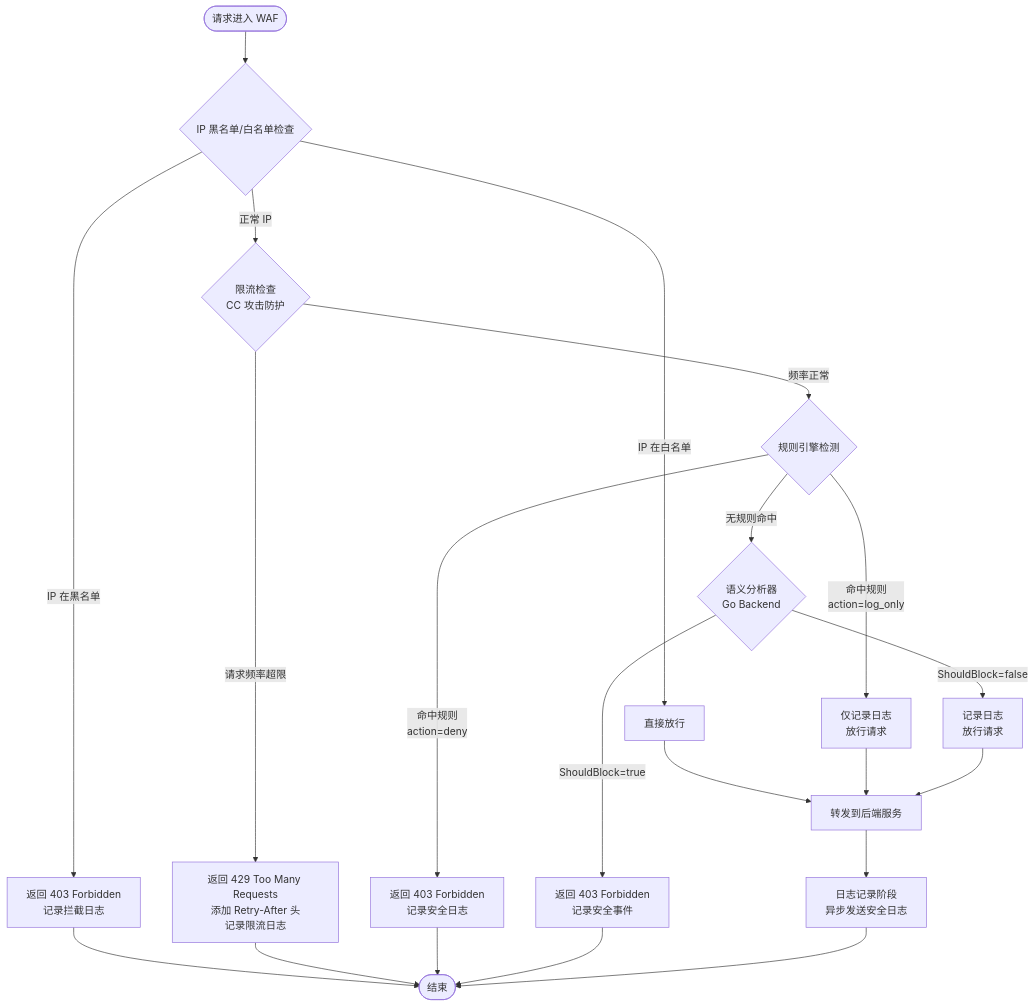
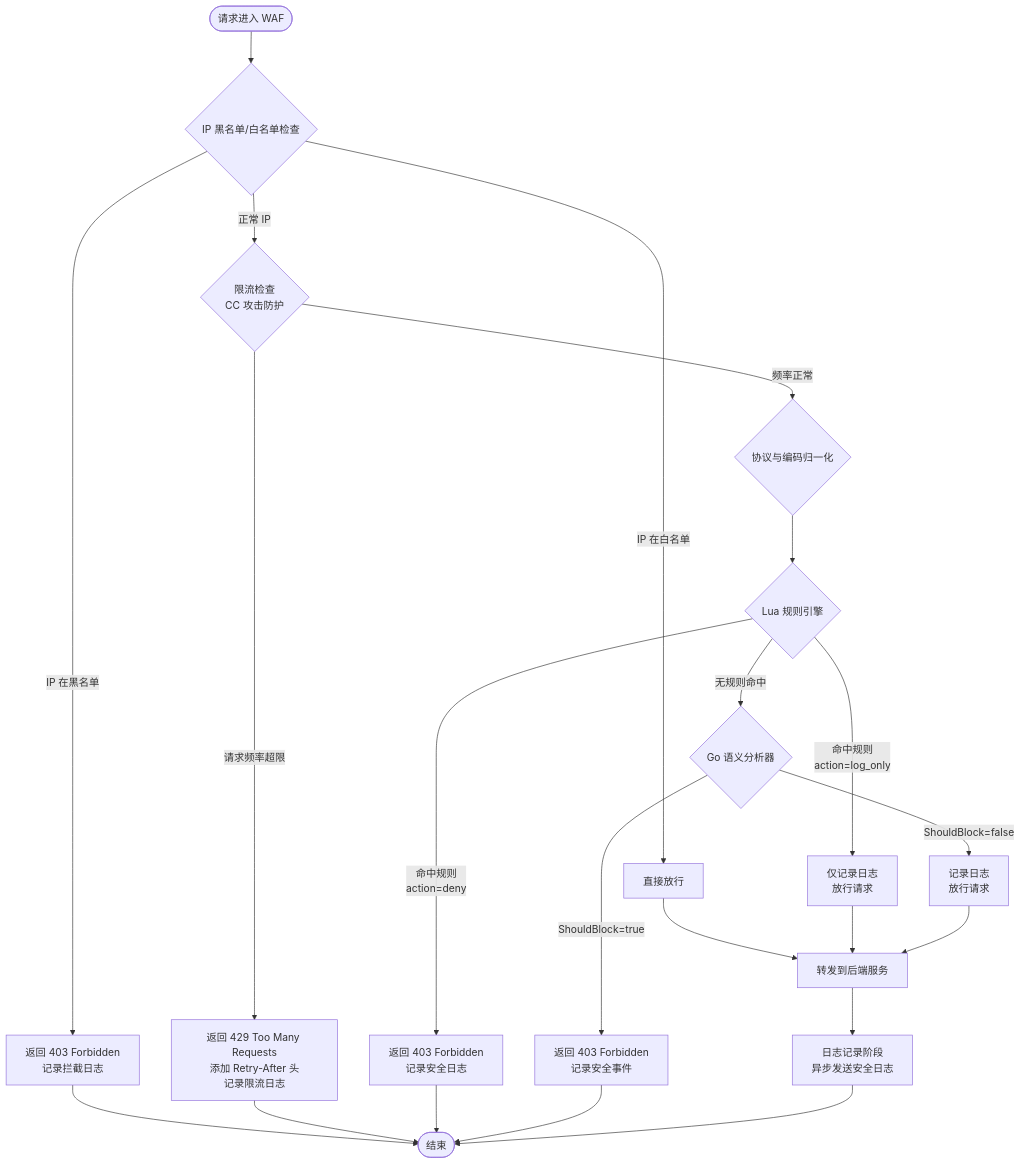
One commit to 1069137617/HyperNeoWAF changed the third of 4 diagrams in README.md. Above: the diagram before and after it, drawn with Mermaid. The commit also changed other lines of this file and 37 other files, not shown here.

````diff
--- a/README.md
+++ b/README.md
@@ -66,31 +252,33 @@
 ```mermaid
 flowchart TD
     START([请求进入 WAF]) --> IP_CHECK{IP 黑名单/白名单检查}
-    
+
     IP_CHECK -->|IP 在白名单| ALLOW_WHITELIST[直接放行]
     IP_CHECK -->|IP 在黑名单| BLOCK_IP[返回 403 Forbidden<br/>记录拦截日志]
-    
+
     IP_CHECK -->|正常 IP| RATE_LIMIT{限流检查<br/>CC 攻击防护}
-    
+
     RATE_LIMIT -->|请求频率超限| BLOCK_RATE[返回 429 Too Many Requests<br/>添加 Retry-After 头<br/>记录限流日志]
-    
-    RATE_LIMIT -->|频率正常| RULE_ENGINE{规则引擎检测}
-    
+
+    RATE_LIMIT -->|频率正常| NORMALIZE{协议与编码归一化}
+
+    NORMALIZE --> RULE_ENGINE{Lua 规则引擎}
+
     RULE_ENGINE -->|命中规则<br/>action=deny| BLOCK_RULE[返回 403 Forbidden<br/>记录安全日志]
     RULE_ENGINE -->|命中规则<br/>action=log_only| LOG_ONLY[仅记录日志<br/>放行请求]
-    RULE_ENGINE -->|无规则命中| SEMANTIC_ANALYZER{语义分析器<br/>Go Backend}
-    
+    RULE_ENGINE -->|无规则命中| SEMANTIC_ANALYZER{Go 语义分析器}
+
     SEMANTIC_ANALYZER -->|ShouldBlock=true| BLOCK_ANALYZER[返回 403 Forbidden<br/>记录安全事件]
     SEMANTIC_ANALYZER -->|ShouldBlock=false| LOG_ANALYZER[记录日志<br/>放行请求]
-    
+
     ALLOW_WHITELIST --> FORWARD[转发到后端服务]
     LOG_ONLY --> FORWARD
     LOG_ANALYZER --> FORWARD
-    
+
     FORWARD --> LOG_PHASE[日志记录阶段<br/>异步发送安全日志]
     BLOCK_IP --> END([结束])
     BLOCK_RATE --> END
     BLOCK_RULE --> END
     BLOCK_ANALYZER --> END
     LOG_PHASE --> END
 ```
````
